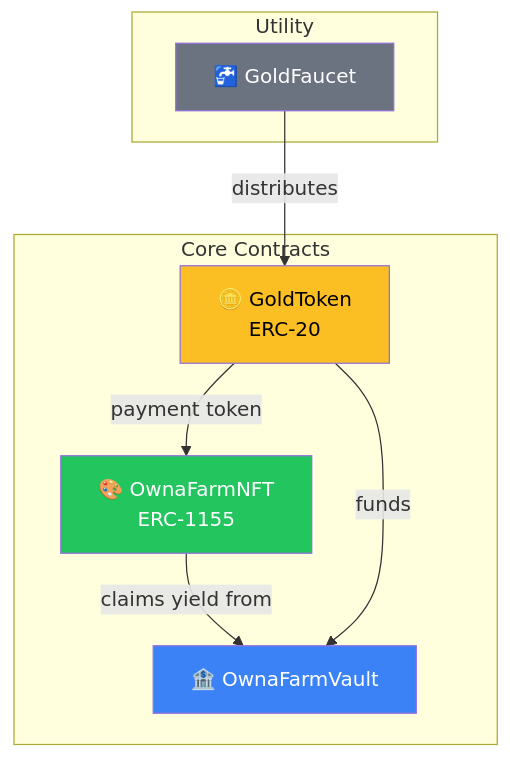
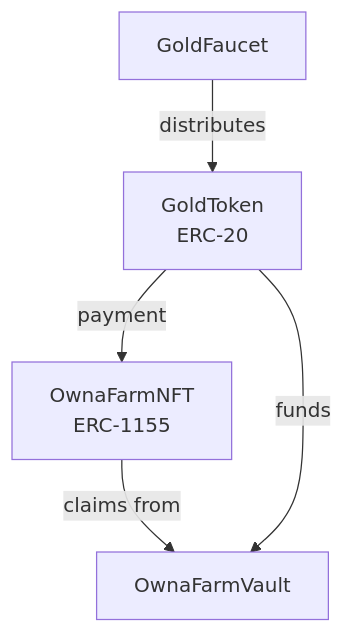
Before and after one commit to OwnaFarm/docs: the first of 2 diagrams in gitbook/contracts/overview.md, drawn with Mermaid. The commit also changed other lines of this file and 17 other files, not shown here.

````diff
--- a/gitbook/contracts/overview.md
+++ b/gitbook/contracts/overview.md
@@ -11,22 +11,7 @@
 ```mermaid
 graph TB
-    subgraph "Core Contracts"
-        GOLD[🪙 GoldToken<br/>ERC-20]
-        NFT[🎨 OwnaFarmNFT<br/>ERC-1155]
-        VAULT[🏦 OwnaFarmVault]
-    end
-
-    subgraph "Utility"
-        FAUCET[🚰 GoldFaucet]
-    end
-
-    FAUCET -->|distributes| GOLD
-    GOLD -->|payment token| NFT
-    NFT -->|claims yield from| VAULT
+    FAUCET[GoldFaucet] -->|distributes| GOLD[GoldToken<br/>ERC-20]
+    GOLD -->|payment| NFT[OwnaFarmNFT<br/>ERC-1155]
+    NFT -->|claims from| VAULT[OwnaFarmVault]
     GOLD -->|funds| VAULT
-
-    style GOLD fill:#fbbf24,color:#000
-    style NFT fill:#22c55e,color:#fff
-    style VAULT fill:#3b82f6,color:#fff
-    style FAUCET fill:#6b7280,color:#fff
 ```
````
